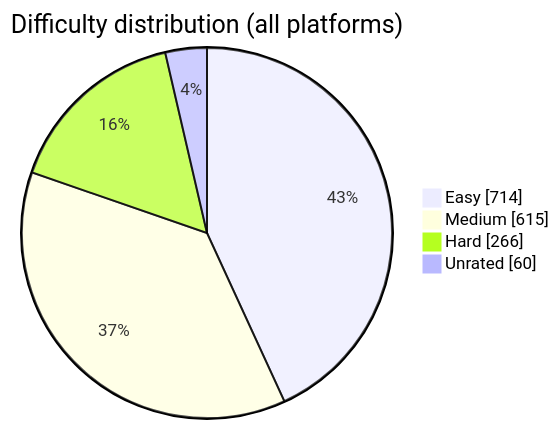
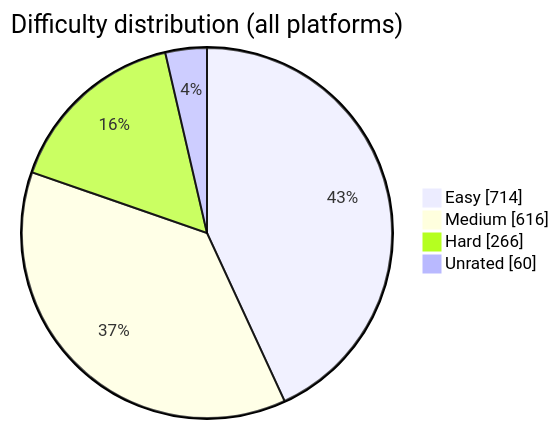
Before and after one commit to BuildbyArindam/Daily-Coding-Log: the diagram in README.md, drawn with Mermaid. The commit also changed other lines of this file, not shown here.

````diff
--- a/README.md
+++ b/README.md
@@ -93,7 +93,7 @@
 ```mermaid
 pie showData title Difficulty distribution (all platforms)
     "Easy" : 714
-    "Medium" : 615
+    "Medium" : 616
     "Hard" : 266
     "Unrated" : 60
 ```
````
